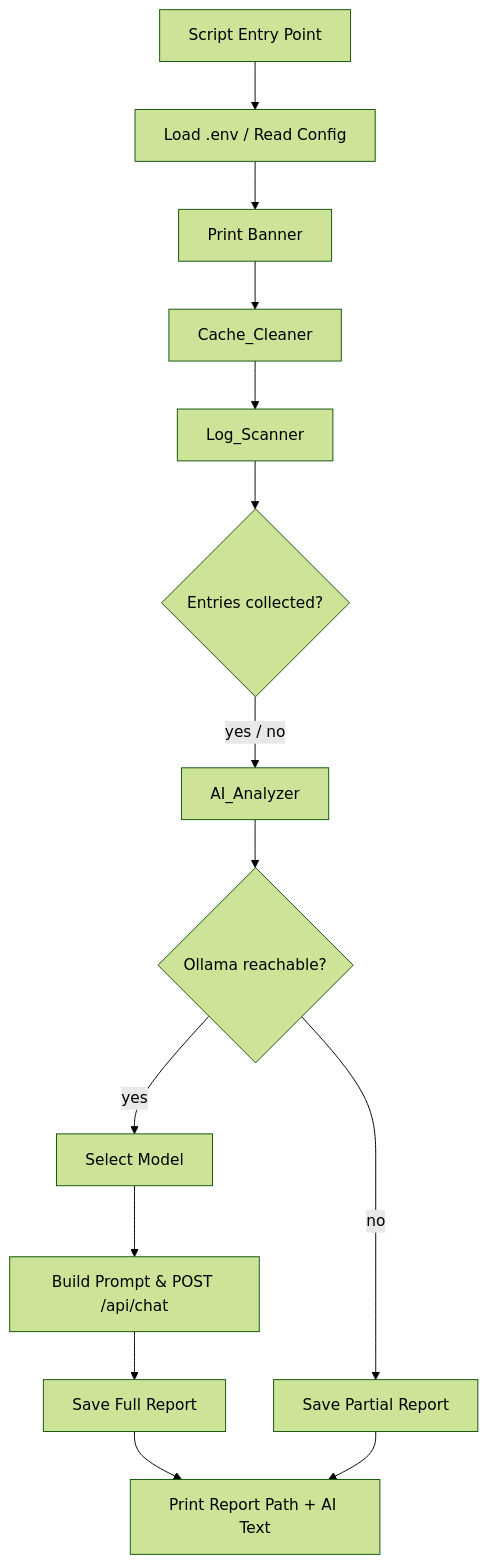
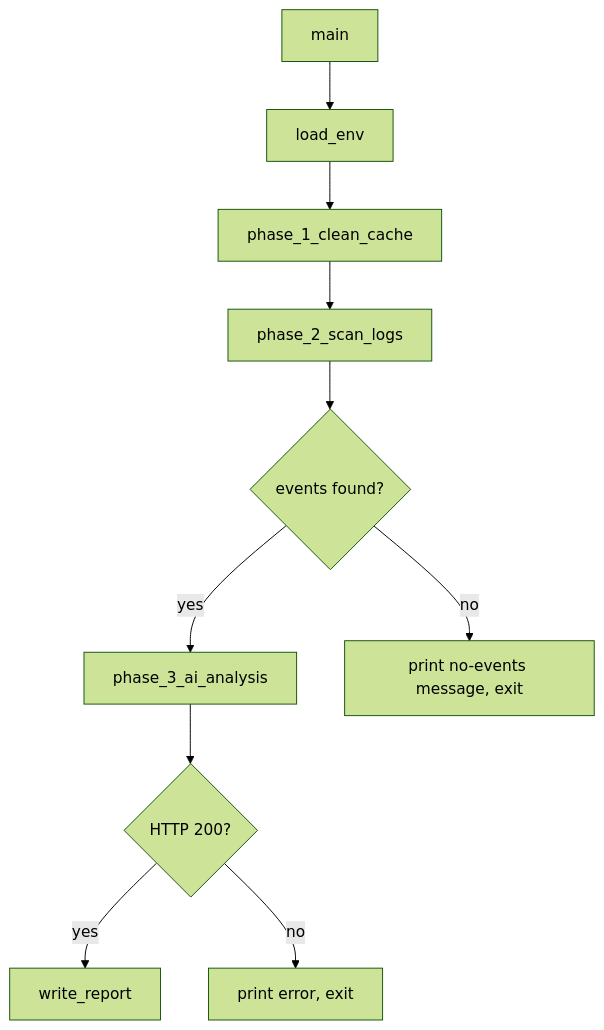
The diagram in .kiro/specs/cache-log-analyzer/design.md (4tie/pyside6), drawn with Mermaid (forest theme) before and after one commit. The commit also changed other lines of this file and 25 other files, not shown here.

````diff
--- a/.kiro/specs/cache-log-analyzer/design.md
+++ b/.kiro/specs/cache-log-analyzer/design.md
@@ -19,16 +19,12 @@
 ```mermaid
 flowchart TD
-    A[Script Entry Point] --> B[Load .env / Read Config]
-    B --> C[Print Banner]
-    C --> D[Cache_Cleaner]
-    D --> E[Log_Scanner]
-    E --> F{Entries collected?}
-    F -->|yes / no| G[AI_Analyzer]
-    G --> H{Ollama reachable?}
-    H -->|no| I[Save Partial Report]
-    H -->|yes| J[Select Model]
-    J --> K[Build Prompt & POST /api/chat]
-    K --> L[Save Full Report]
-    L --> M[Print Report Path + AI Text]
-    I --> M
+    A[main] --> B[load_env]
+    B --> C[phase_1_clean_cache]
+    C --> D[phase_2_scan_logs]
+    D --> E{events found?}
+    E -- yes --> F[phase_3_ai_analysis]
+    E -- no --> G[print no-events message, exit]
+    F --> H{HTTP 200?}
+    H -- yes --> I[write_report]
+    H -- no --> J[print error, exit]
 ```
````
